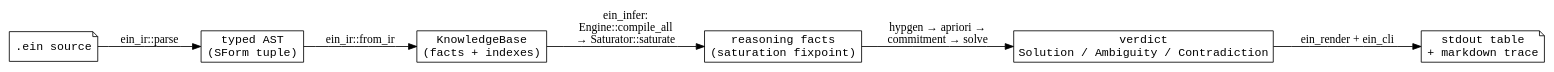
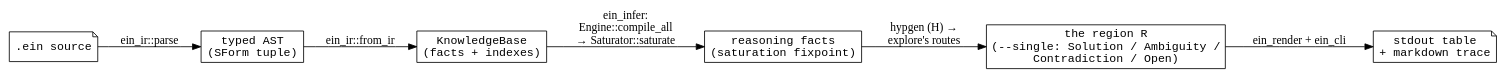
The first of 3 diagrams in docs/kernel/architecture.md (agutikov/ein), drawn with Graphviz before and after one commit. The commit also changed other lines of this file and 19 other files, not shown here.

````diff
--- a/docs/kernel/architecture.md
+++ b/docs/kernel/architecture.md
@@ -13,19 +13,19 @@
 ```dot
 digraph dataflow {
   rankdir=LR;
   node [shape=box, fontname="monospace"];
 
   src   [label=".ein source", shape=note];
   ast   [label="typed AST\n(SForm tuple)"];
   kb    [label="KnowledgeBase\n(facts + indexes)"];
   sat   [label="reasoning facts\n(saturation fixpoint)"];
-  verd  [label="verdict\nSolution / Ambiguity / Contradiction"];
+  verd  [label="the region R\n(--single: Solution / Ambiguity /\nContradiction / Open)"];
   out   [label="stdout table\n+ markdown trace", shape=note];
 
   src  -> ast  [label="ein_ir::parse"];
   ast  -> kb   [label="ein_ir::from_ir"];
   kb   -> sat  [label="ein_infer:\nEngine::compile_all\n→ Saturator::saturate"];
-  sat  -> verd [label="hypgen → apriori →\ncommitment → solve"];
+  sat  -> verd [label="hypgen (H) →\nexplore's routes"];
   verd -> out  [label="ein_render + ein_cli"];
 }
 ```
````
